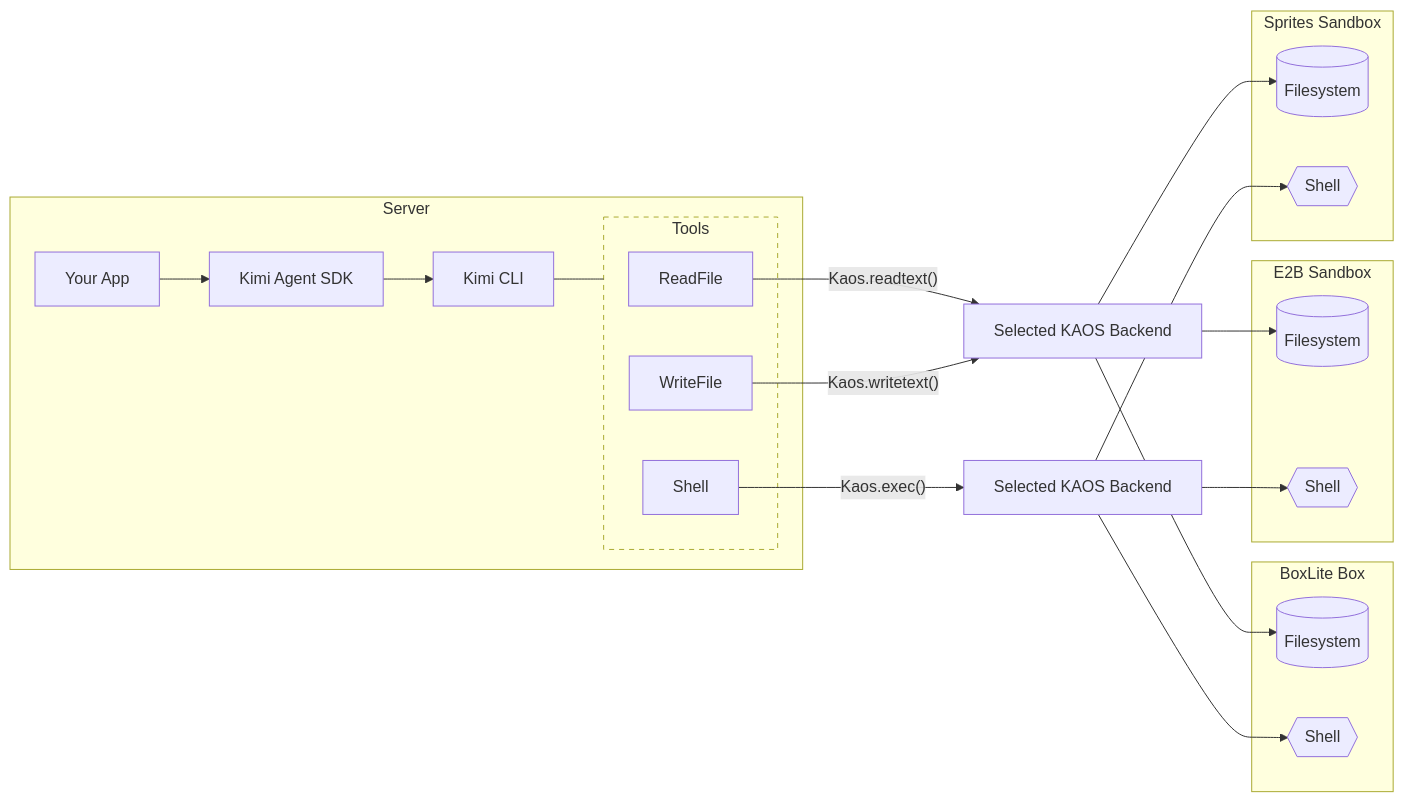
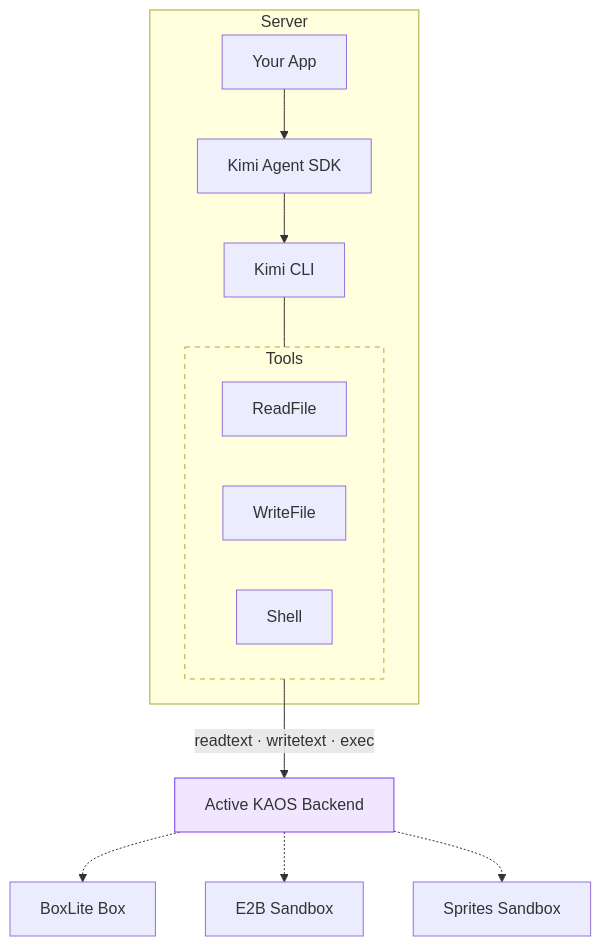
The diagram in examples/python/kaos/README.md (MoonshotAI/kimi-agent-sdk), drawn with Mermaid before and after one commit.

Commit message:
docs(kaos): simplify architecture diagram to single KAOS routing node

````diff
--- a/examples/python/kaos/README.md
+++ b/examples/python/kaos/README.md
@@ -22,40 +22,19 @@
 ```mermaid
-flowchart LR
+flowchart TB
     subgraph Server
         App["Your App"] --> SDK["Kimi Agent SDK"] --> CLI["Kimi CLI"]
         subgraph Tools["Tools"]
-            ReadFile["ReadFile"]
-            WriteFile["WriteFile"]
-            Shell["Shell"]
+            RF["ReadFile"] & WF["WriteFile"] & SH["Shell"]
         end
         CLI --- Tools
     end
 
-    subgraph BoxLite["BoxLite Box"]
-        BFS[("Filesystem")]
-        BSH{{"Shell"}}
-    end
+    Tools -->|"readtext · writetext · exec"| KAOS["Active KAOS Backend"]
 
-    subgraph E2B["E2B Sandbox"]
-        EFS[("Filesystem")]
-        ESH{{"Shell"}}
-    end
-
-    subgraph Sprites["Sprites Sandbox"]
-        SFS[("Filesystem")]
-        SSH{{"Shell"}}
-    end
-
-    ReadFile -->|"Kaos.readtext()"| FSRouter["Selected KAOS Backend"]
-    WriteFile -->|"Kaos.writetext()"| FSRouter
-    Shell -->|"Kaos.exec()"| SHRouter["Selected KAOS Backend"]
-
-    FSRouter --> BFS
-    FSRouter --> EFS
-    FSRouter --> SFS
-    SHRouter --> BSH
-    SHRouter --> ESH
-    SHRouter --> SSH
+    KAOS -.-> B["BoxLite Box"]
+    KAOS -.-> E["E2B Sandbox"]
+    KAOS -.-> S["Sprites Sandbox"]
 
     style Tools stroke-dasharray: 5 5
+    style KAOS fill:#f0e6ff,stroke:#7c3aed
 ```
````
